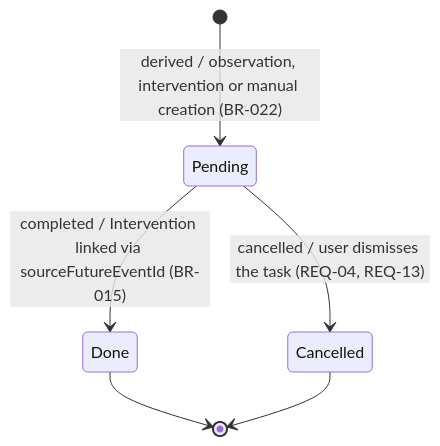
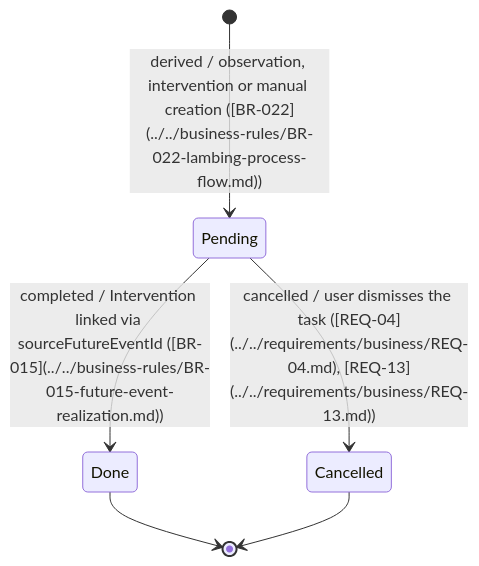
One commit to lyndametref/geep changed the diagram in docs/domain-model/object-model/planned-task-state-diagram.md. Above: the diagram before and after it, drawn with Mermaid. The commit also changed other lines of this file and 94 other files, not shown here.

````diff
--- a/docs/domain-model/object-model/planned-task-state-diagram.md
+++ b/docs/domain-model/object-model/planned-task-state-diagram.md
@@ -25,8 +25,8 @@
 ```mermaid
 stateDiagram-v2
-    [*] --> Pending : derived / observation, intervention or manual creation (BR-022)
-    Pending --> Done : completed / Intervention linked via sourceFutureEventId (BR-015)
-    Pending --> Cancelled : cancelled / user dismisses the task (REQ-04, REQ-13)
+    [*] --> Pending : derived / observation, intervention or manual creation ([BR-022](../../business-rules/BR-022-lambing-process-flow.md))
+    Pending --> Done : completed / Intervention linked via sourceFutureEventId ([BR-015](../../business-rules/BR-015-future-event-realization.md))
+    Pending --> Cancelled : cancelled / user dismisses the task ([REQ-04](../../requirements/business/REQ-04.md), [REQ-13](../../requirements/business/REQ-13.md))
     Done --> [*]
     Cancelled --> [*]
 ```
````
